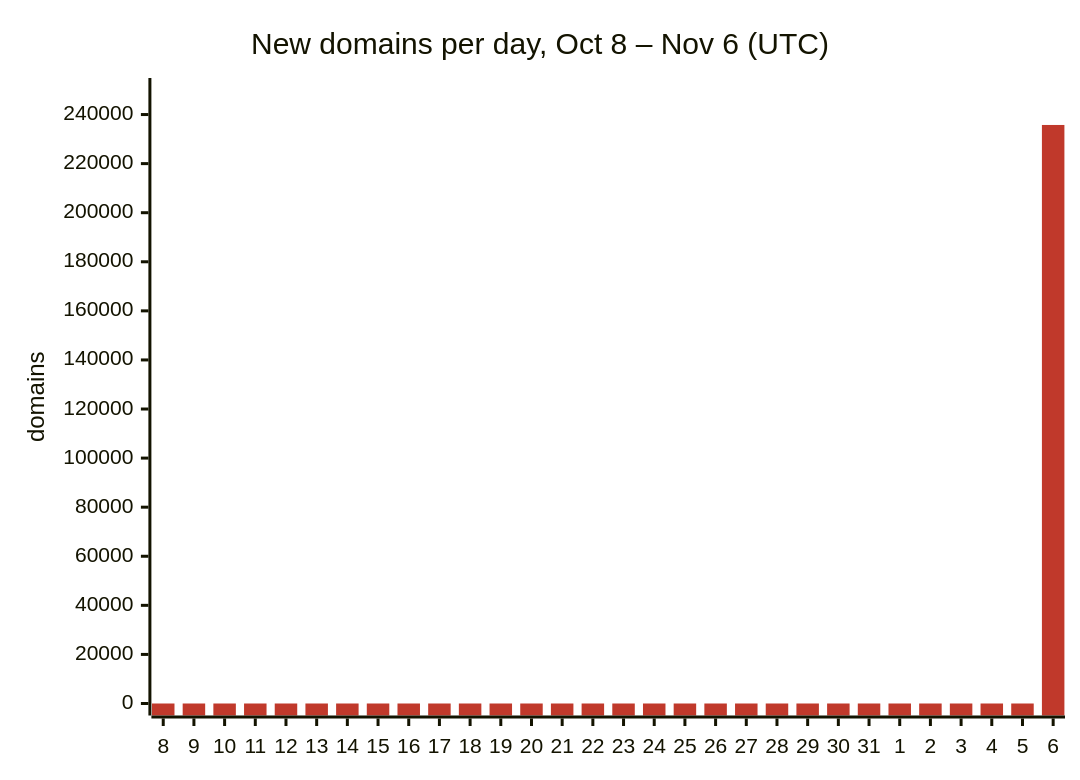
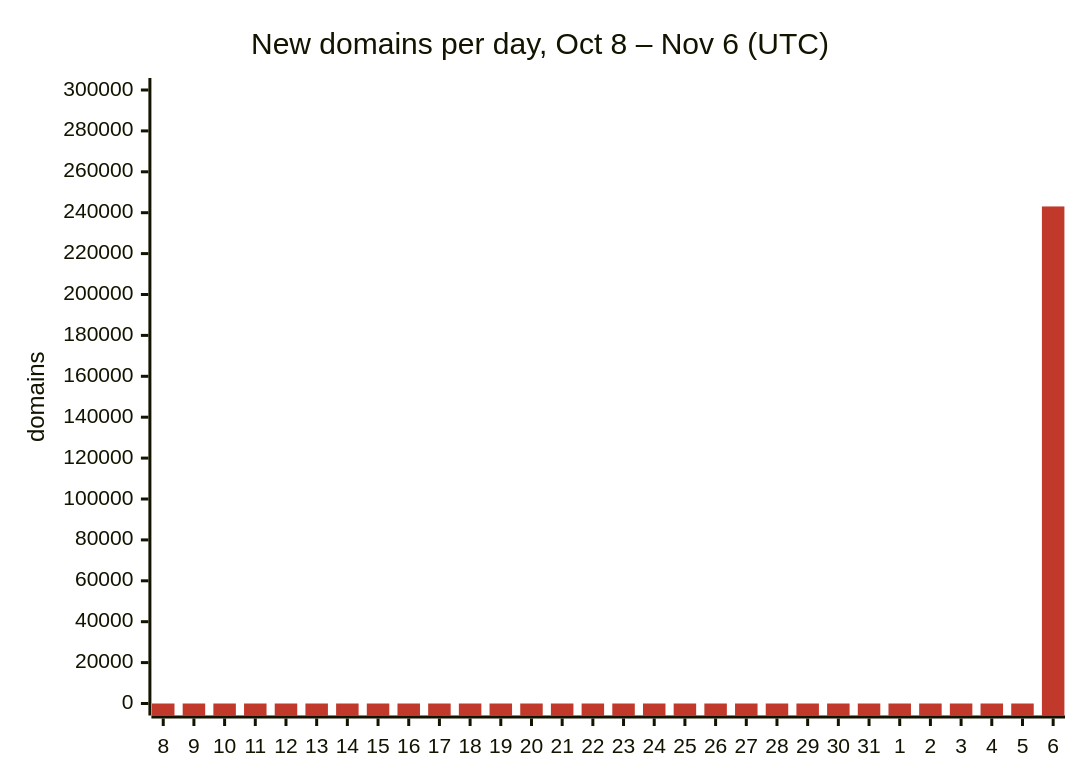
The first of 2 diagrams in README.md (DNSBunker/CTI), drawn with Mermaid before and after one commit. The commit also changed other lines of this file and 3 other files, not shown here.

````diff
--- a/README.md
+++ b/README.md
@@ -29,8 +29,8 @@
 ```mermaid
 %%{init: {"themeVariables": {"xyChart": {"plotColorPalette": "#c0392b"}}}}%%
 xychart-beta
     title "New domains per day, Oct 8 – Nov 6 (UTC)"
     x-axis ["8", "9", "10", "11", "12", "13", "14", "15", "16", "17", "18", "19", "20", "21", "22", "23", "24", "25", "26", "27", "28", "29", "30", "31", "1", "2", "3", "4", "5", "6"]
-    y-axis "domains" 0 --> 250000
-    bar [0, 0, 0, 0, 0, 0, 0, 0, 0, 0, 0, 0, 0, 0, 0, 0, 0, 0, 0, 0, 0, 0, 0, 0, 0, 0, 0, 0, 0, 235751]
+    y-axis "domains" 0 --> 300000
+    bar [0, 0, 0, 0, 0, 0, 0, 0, 0, 0, 0, 0, 0, 0, 0, 0, 0, 0, 0, 0, 0, 0, 0, 0, 0, 0, 0, 0, 0, 243061]
 ```
````
